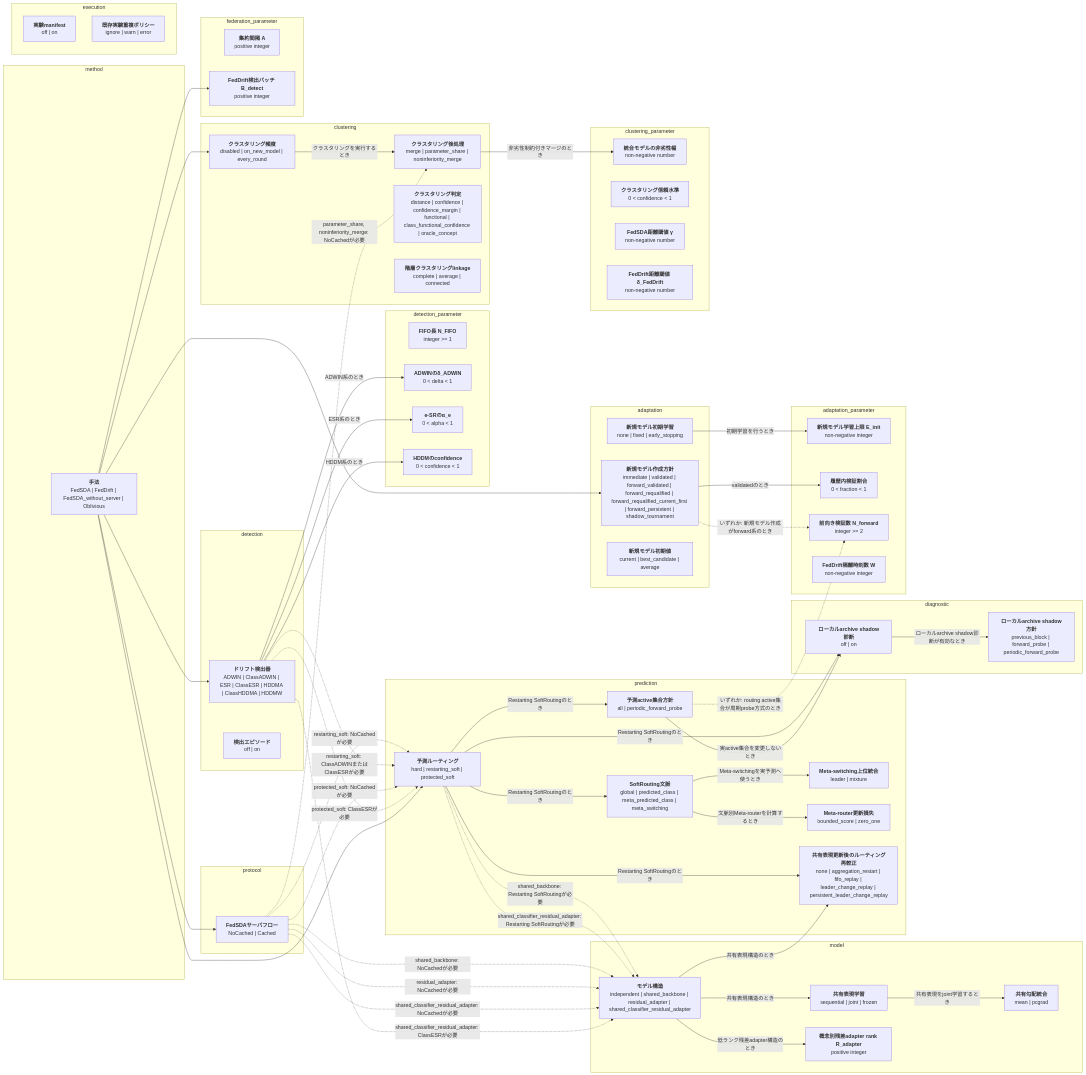
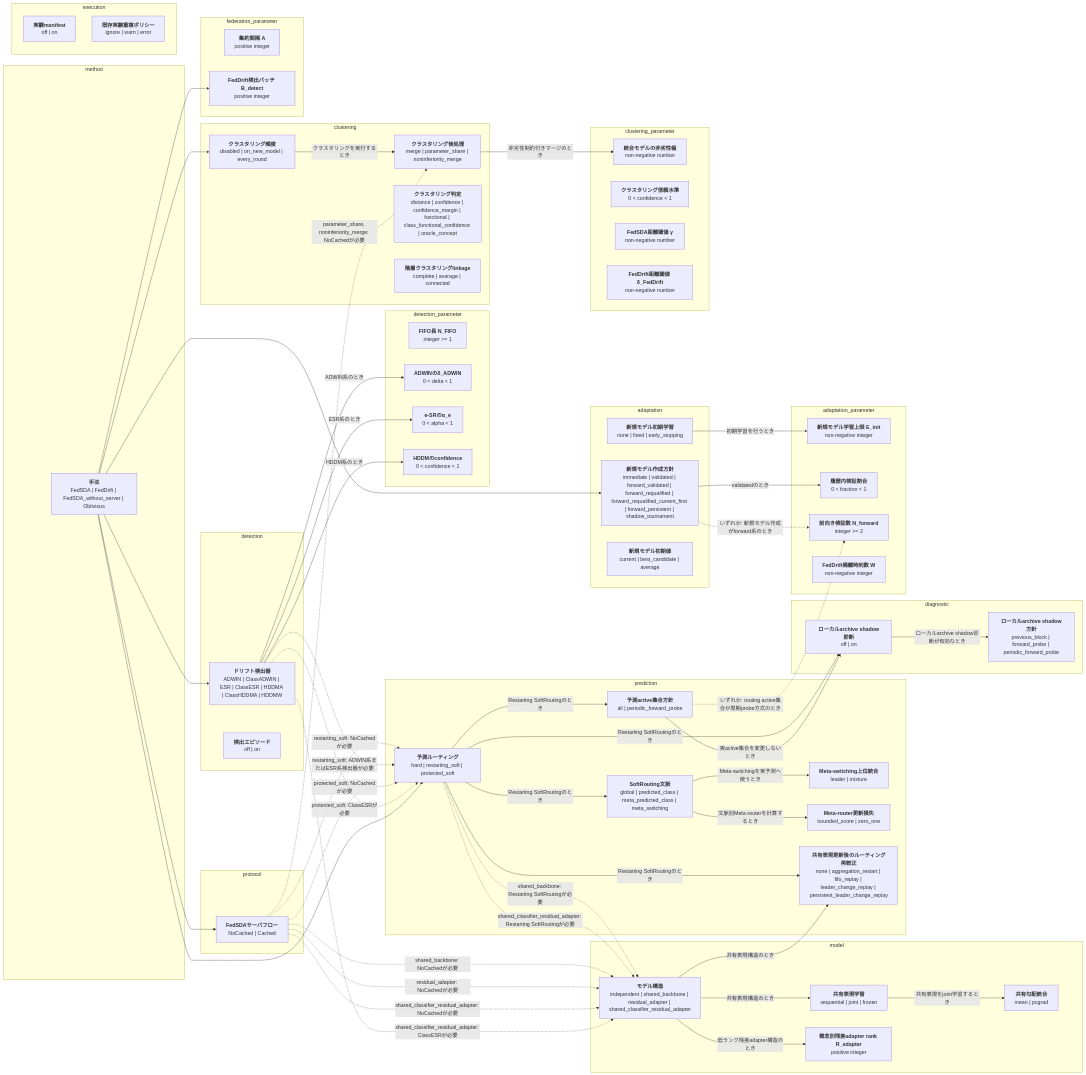
The first of 2 diagrams in docs/options.md (shimmen3141/FedSDA-experiment), drawn with Mermaid before and after one commit. The commit also changed other lines of this file and 12 other files, not shown here.

```diff
--- a/docs/options.md
+++ b/docs/options.md
@@ -105,7 +105,7 @@
   clustering_consolidation -->|"非劣性制約付きマージのとき"| merge_noninferiority_margin
   server_flow -.->|"parameter_share, noninferiority_merge: NoCachedが必要"| clustering_consolidation
   server_flow -.->|"restarting_soft: NoCachedが必要"| routing
-  detector -.->|"restarting_soft: ClassADWINまたはClassESRが必要"| routing
+  detector -.->|"restarting_soft: ADWIN系またはESR系検出器が必要"| routing
   server_flow -.->|"shared_backbone: NoCachedが必要"| model_architecture
   routing -.->|"shared_backbone: Restarting SoftRoutingが必要"| model_architecture
   server_flow -.->|"residual_adapter: NoCachedが必要"| model_architecture
```
